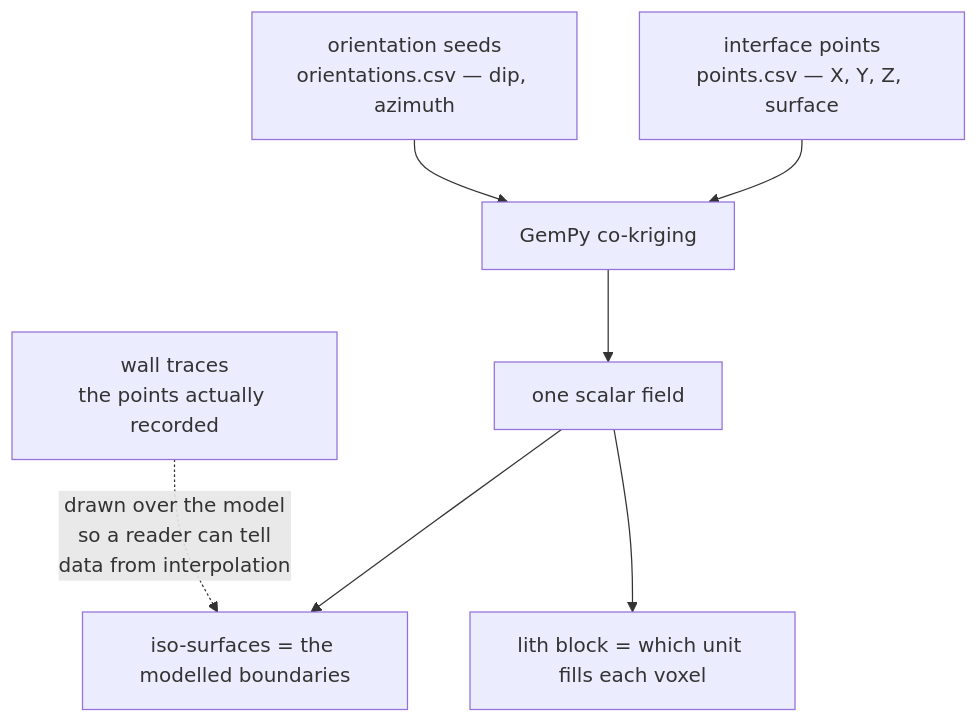
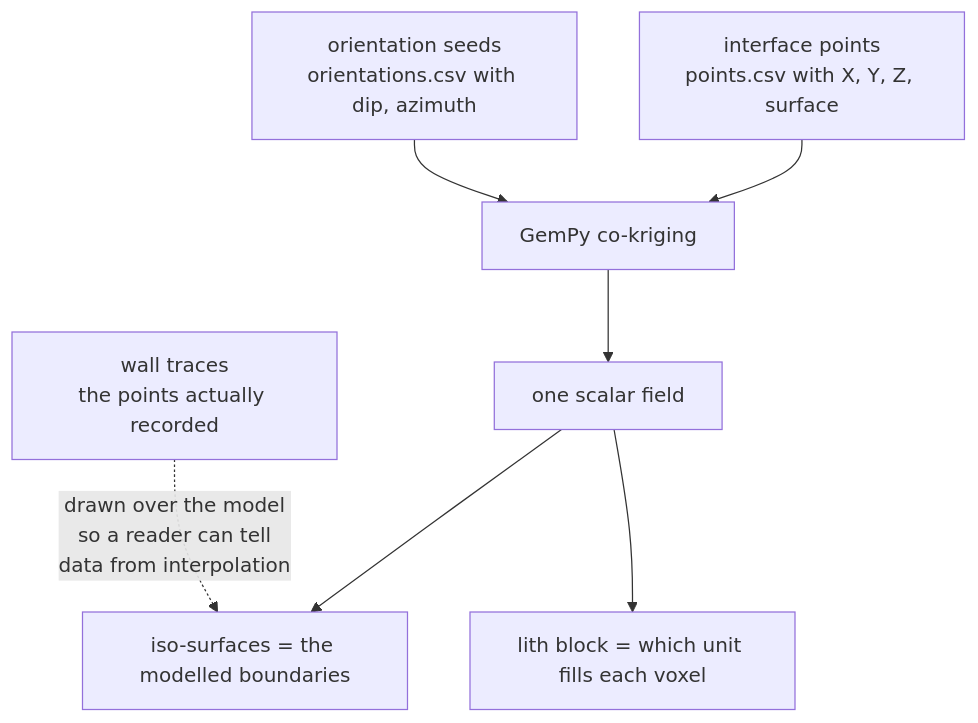
One commit to jennarbates/StratigraphyGenerator changed the diagram in docs/cs/spatial-interpolation-and-kriging.md. Above: the diagram before and after it, drawn with Mermaid. The commit also changed other lines of this file and 309 other files, not shown here.

````diff
--- a/docs/cs/spatial-interpolation-and-kriging.md
+++ b/docs/cs/spatial-interpolation-and-kriging.md
@@ -47,9 +47,9 @@
 ```mermaid
 flowchart TB
-  P["interface points<br/>points.csv — X, Y, Z, surface"] --> K["GemPy co-kriging"]
-  O["orientation seeds<br/>orientations.csv — dip, azimuth"] --> K
+  P["interface points<br/>points.csv with X, Y, Z, surface"] --> K["GemPy co-kriging"]
+  O["orientation seeds<br/>orientations.csv with dip, azimuth"] --> K
   K --> F["one scalar field"]
   F --> S["iso-surfaces = the modelled boundaries"]
   F --> L["lith block = which unit fills each voxel"]
   T["wall traces<br/>the points actually recorded"] -.->|"drawn over the model<br/>so a reader can tell<br/>data from interpolation"| S
 ```
````
